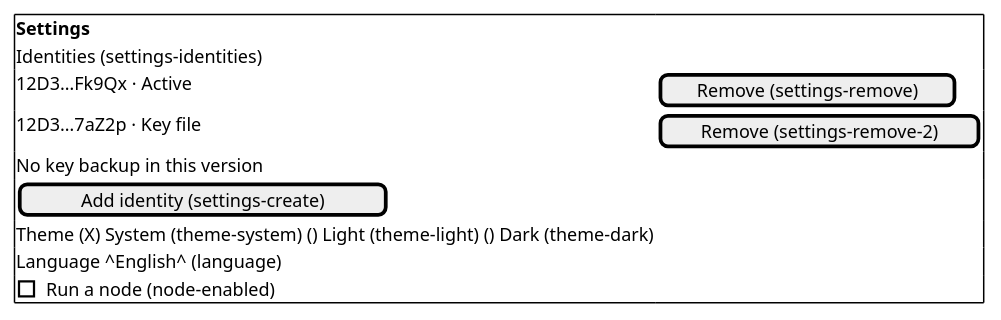
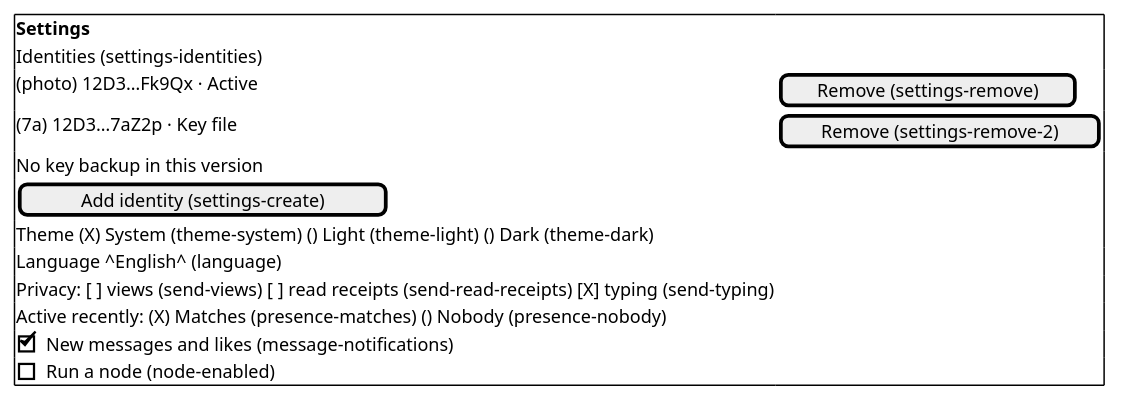
Diagram 13 of 14 in docs/design/desktop-screens.md (abbat/dyapp), drawn with PlantUML before and after one commit. The commit also changed other lines of this file and 8 other files, not shown here.

First line of the commit message:
Add found profile, chats and privacy settings to the prototype

````diff
--- a/docs/design/desktop-screens.md
+++ b/docs/design/desktop-screens.md
@@ -178,15 +256,18 @@
 ```plantuml
 @startsalt
 {+
 <b>Settings
 Identities (settings-identities)
-12D3…Fk9Qx · Active | [Remove (settings-remove)]
-12D3…7aZ2p · Key file | [Remove (settings-remove-2)]
+(photo) 12D3…Fk9Qx · Active | [Remove (settings-remove)]
+(7a) 12D3…7aZ2p · Key file | [Remove (settings-remove-2)]
 No key backup in this version
 [Add identity (settings-create)]
 Theme (X) System (theme-system) () Light (theme-light) () Dark (theme-dark)
 Language ^English^ (language)
+Privacy: [ ] views (send-views) [ ] read receipts (send-read-receipts) [X] typing (send-typing)
+Active recently: (X) Matches (presence-matches) () Nobody (presence-nobody)
+[X] New messages and likes (message-notifications)
 [ ] Run a node (node-enabled)
 }
 @endsalt
 ```
````
